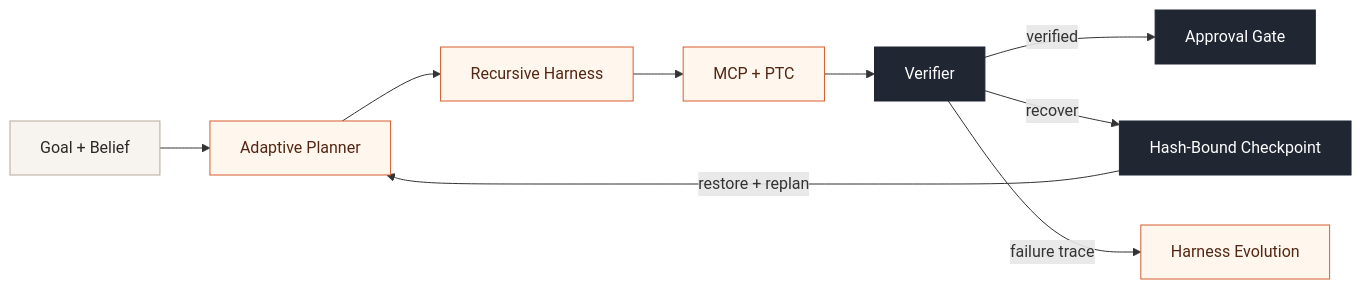
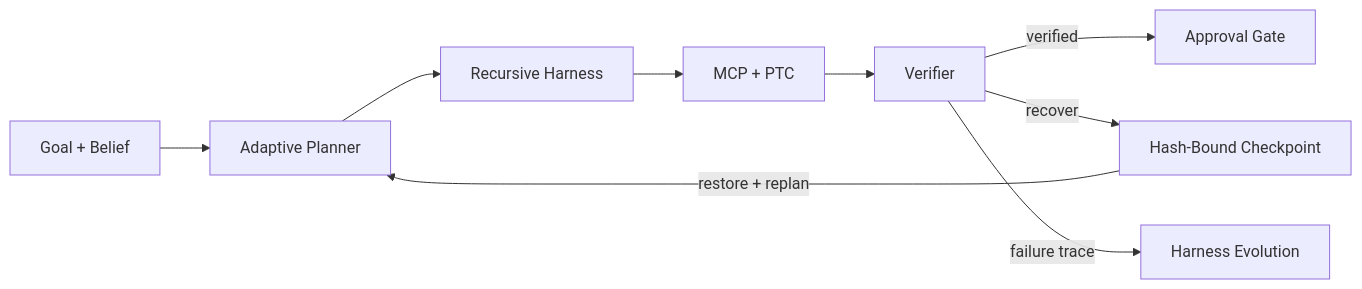
Before and after one commit to jiaweine/EcomEvo-Harness: the first of 3 diagrams in README.md, drawn with Mermaid. The commit also changed other lines of this file, not shown here.

````diff
--- a/README.md
+++ b/README.md
@@ -38,18 +132,11 @@
 ```mermaid
 flowchart LR
     STATE[Goal + Belief] --> PLAN[Adaptive Planner]
     PLAN --> HARNESS[Recursive Harness]
     HARNESS --> EXEC[MCP + PTC]
     EXEC --> VERIFY[Verifier]
     VERIFY -->|verified| ACTION[Approval Gate]
     VERIFY -->|recover| CHECKPOINT[Hash-Bound Checkpoint]
     CHECKPOINT -->|restore + replan| PLAN
     VERIFY -->|failure trace| EVOLUTION[Harness Evolution]
-
-    classDef state fill:#f7f3ee,stroke:#b7a99b,color:#2b2926
-    classDef cognition fill:#fff7ed,stroke:#d65d2f,color:#542614
-    classDef safety fill:#202733,stroke:#202733,color:#ffffff
-    class STATE state
-    class PLAN,HARNESS,EXEC,EVOLUTION cognition
-    class VERIFY,ACTION,CHECKPOINT safety
 ```
````
